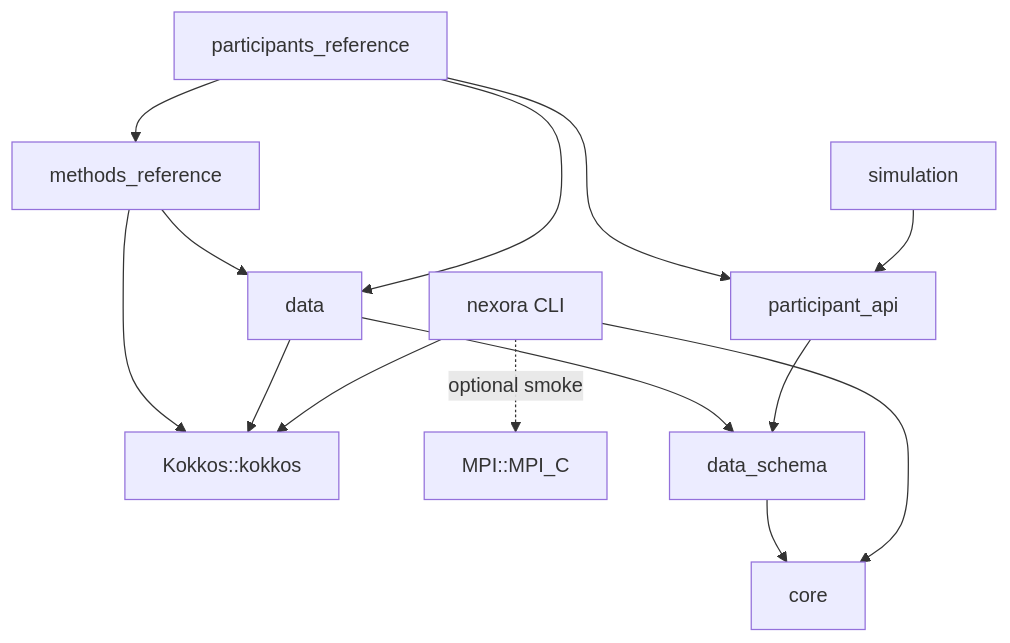
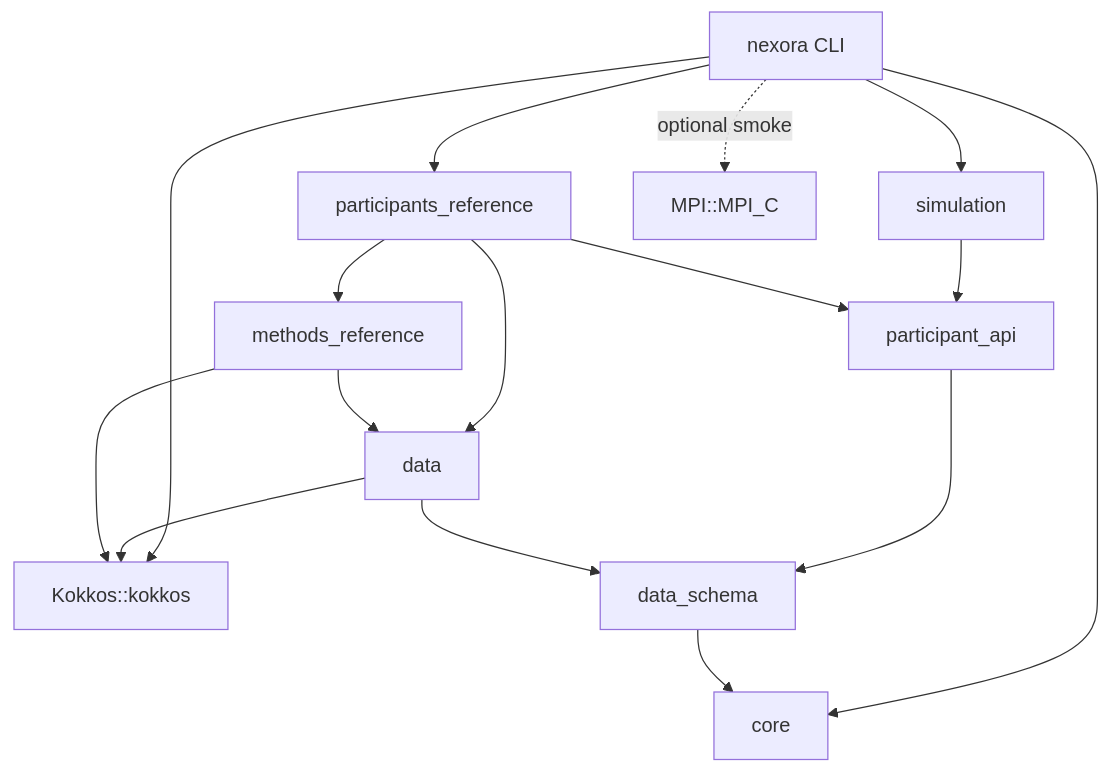
The first of 3 diagrams in docs/architecture/overview.md (joe-cheung-cae/nexora), drawn with Mermaid before and after one commit. The commit also changed other lines of this file and 75 other files, not shown here.

````diff
--- a/docs/architecture/overview.md
+++ b/docs/architecture/overview.md
@@ -40,16 +49,18 @@
 ```mermaid
 flowchart TD
   CLI["nexora CLI"] --> C["core"]
   CLI --> K["Kokkos::kokkos"]
+  CLI --> S
+  CLI --> R
   CLI -. optional smoke .-> MPI["MPI::MPI_C"]
   S["simulation"] --> P["participant_api"]
   P --> DS["data_schema"]
   DS --> C
   F["data"] --> DS
   F --> K
   R["participants_reference"] --> P
   R --> M["methods_reference"]
   R --> F
   M --> F
   M --> K
 ```
````
